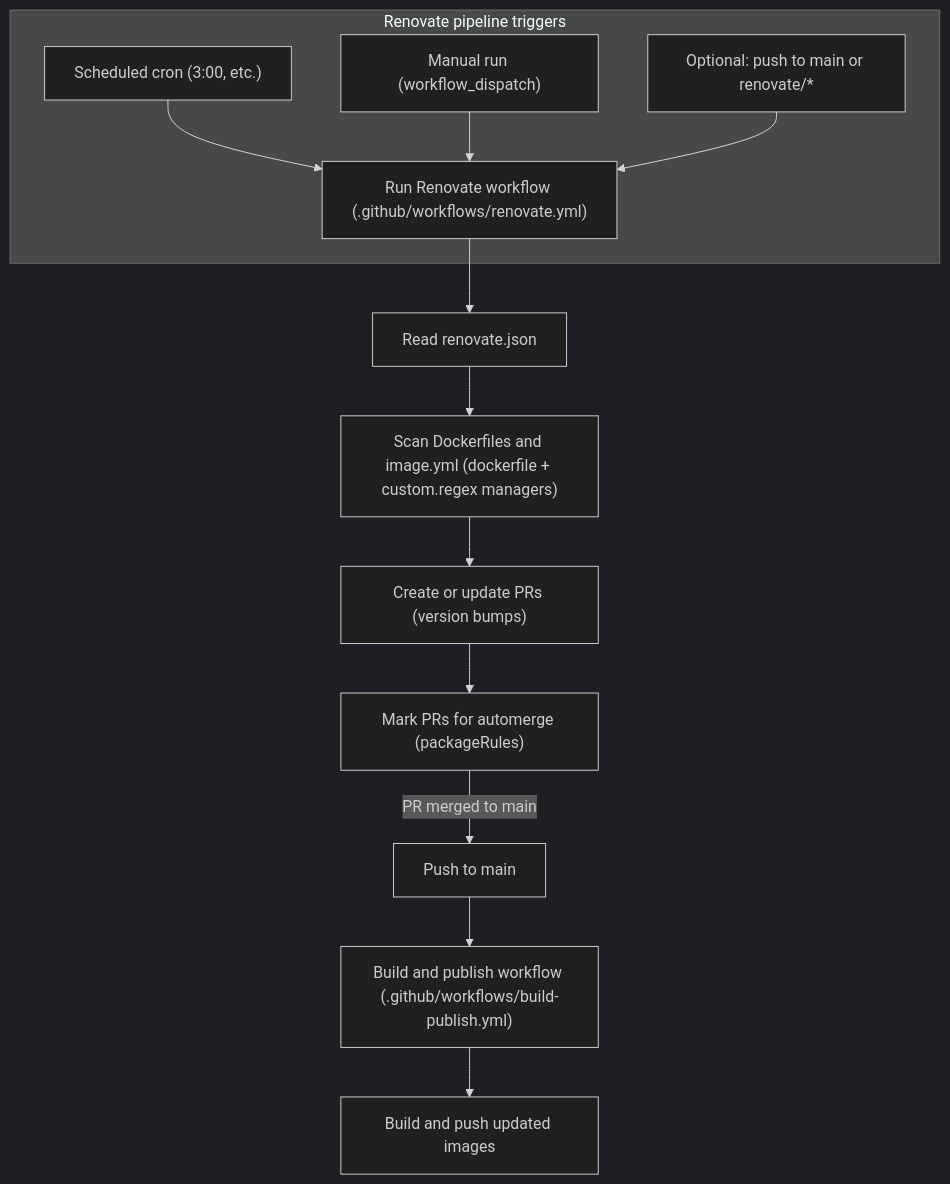
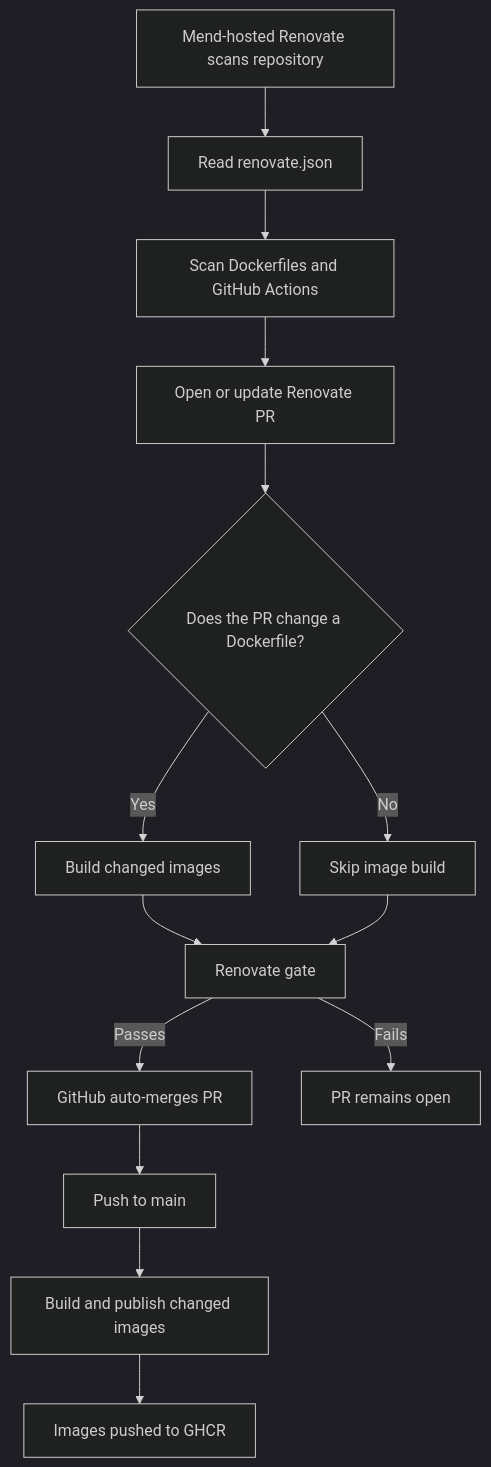
The diagram in docs/PIPELINES.md (redjax/Dockerfiles), drawn with Mermaid (dark theme) before and after one commit. The commit also changed other lines of this file and 1 other file, not shown here.

First line of the commit message:
Docs/pipeline rewrite (#299)

````diff
--- a/docs/PIPELINES.md
+++ b/docs/PIPELINES.md
@@ -55,17 +94,16 @@
 ```mermaid
 flowchart TD
-    subgraph RenovateTriggers["Renovate pipeline triggers"]
-        A["Scheduled cron (3:00, etc.)"] --> R
-        B["Manual run (workflow_dispatch)"] --> R
-        C["Optional: push to main or renovate/*"] --> R
-    end
-
-    R["Run Renovate workflow (.github/workflows/renovate.yml)"] --> C1[Read renovate.json]
-    C1 --> C2["Scan Dockerfiles and image.yml (dockerfile + custom.regex managers)"]
-    C2 --> C3["Create or update PRs (version bumps)"]
-    C3 --> C4["Mark PRs for automerge (packageRules)"]
-
-    C4 -->|PR merged to main| M[Push to main]
-    M --> BP["Build and publish workflow (.github/workflows/build-publish.yml)"]
-    BP --> I[Build and push updated images]
+    A["Mend-hosted Renovate scans repository"] --> B["Read renovate.json"]
+    B --> C["Scan Dockerfiles and GitHub Actions"]
+    C --> D["Open or update Renovate PR"]
+    D --> E{"Does the PR change a Dockerfile?"}
+    E -->|Yes| F["Build changed images"]
+    E -->|No| G["Skip image build"]
+    F --> H["Renovate gate"]
+    G --> H
+    H -->|Passes| I["GitHub auto-merges PR"]
+    H -->|Fails| J["PR remains open"]
+    I --> K["Push to main"]
+    K --> L["Build and publish changed images"]
+    L --> M["Images pushed to GHCR"]
 ```
````
